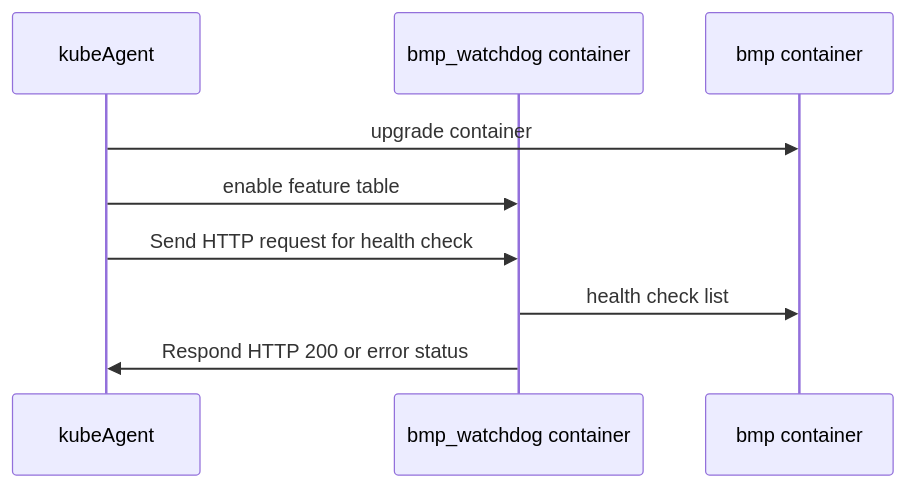
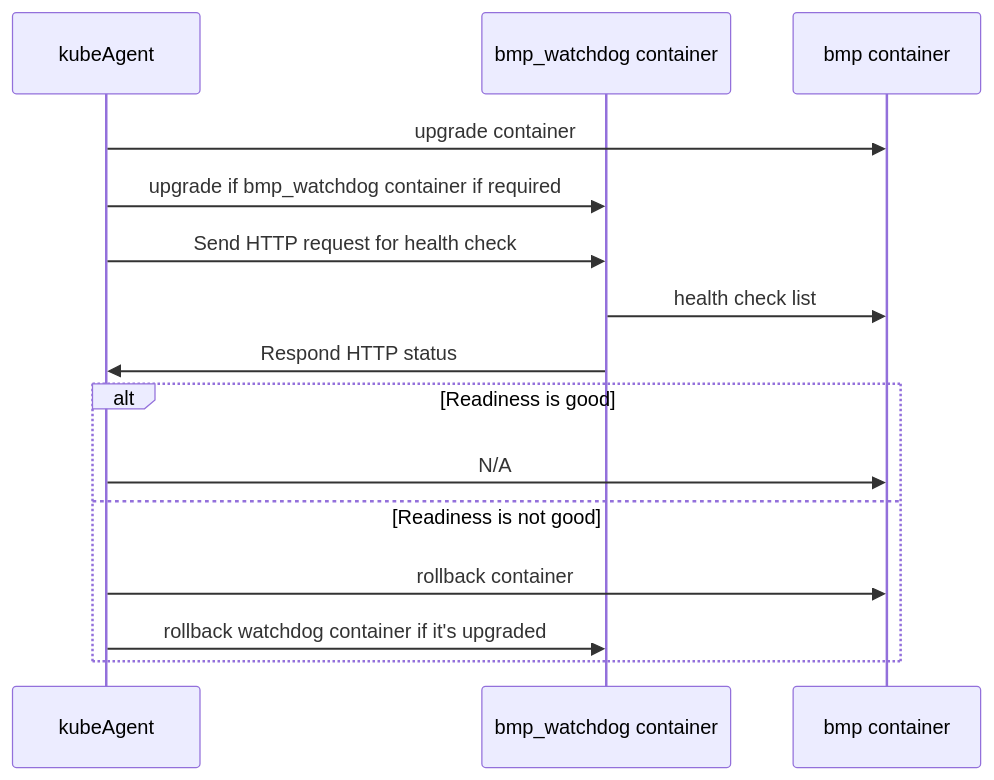
Before and after one commit to FengPan-Frank/mermaid: the diagram in bmp_k8s.md, drawn with Mermaid.

Commit message:
update upgrade seq

````diff
--- a/bmp_k8s.md
+++ b/bmp_k8s.md
@@ -1,11 +1,17 @@
 ```mermaid
 sequenceDiagram
     participant kubeAgent
     participant bmp_watchdog container
     participant bmp container
     kubeAgent->>bmp container: upgrade container
-    kubeAgent->>bmp_watchdog container: enable feature table
+    kubeAgent->>bmp_watchdog container: upgrade if bmp_watchdog container if required
     kubeAgent->>bmp_watchdog container: Send HTTP request for health check
     bmp_watchdog container->>bmp container: health check list
-    bmp_watchdog container->>kubeAgent: Respond HTTP 200 or error status
+    bmp_watchdog container->>kubeAgent: Respond HTTP status
+    alt Readiness is good
+        kubeAgent->>bmp container: N/A
+    else Readiness is not good
+        kubeAgent->>bmp container: rollback container
+        kubeAgent->>bmp_watchdog container: rollback watchdog container if it's upgraded
+    end
 ```
````
